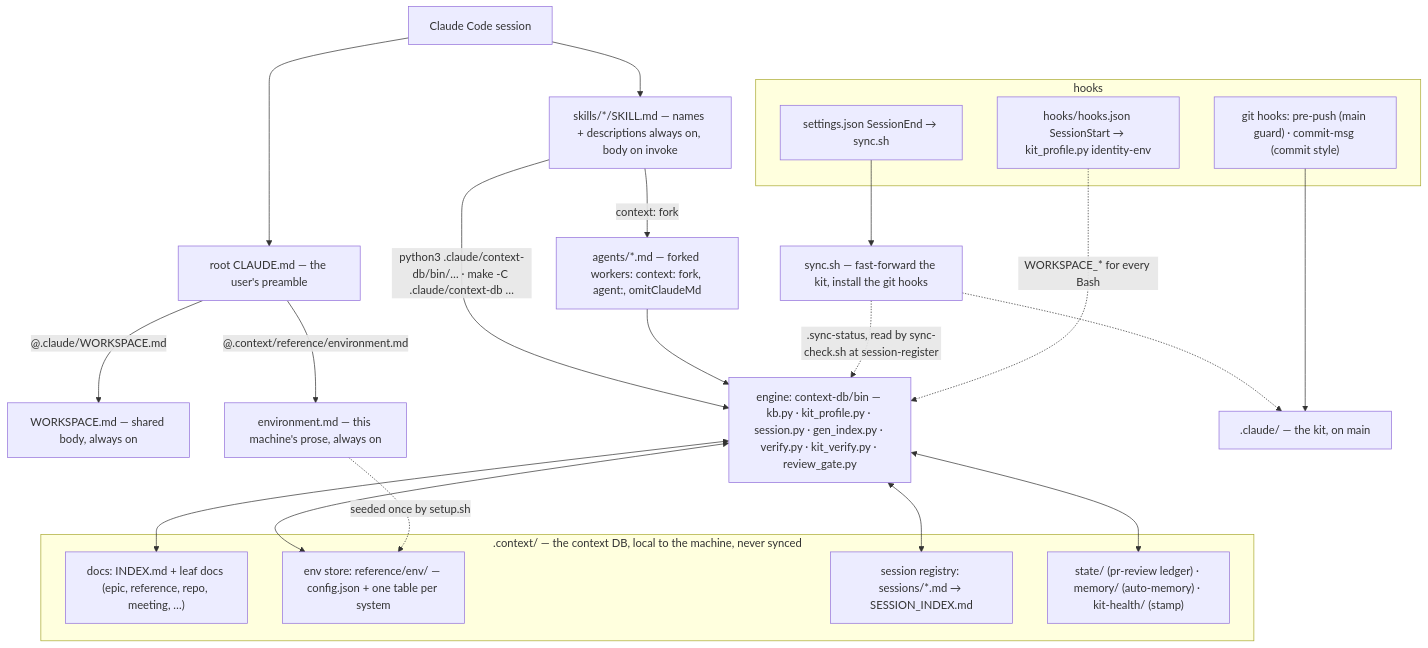
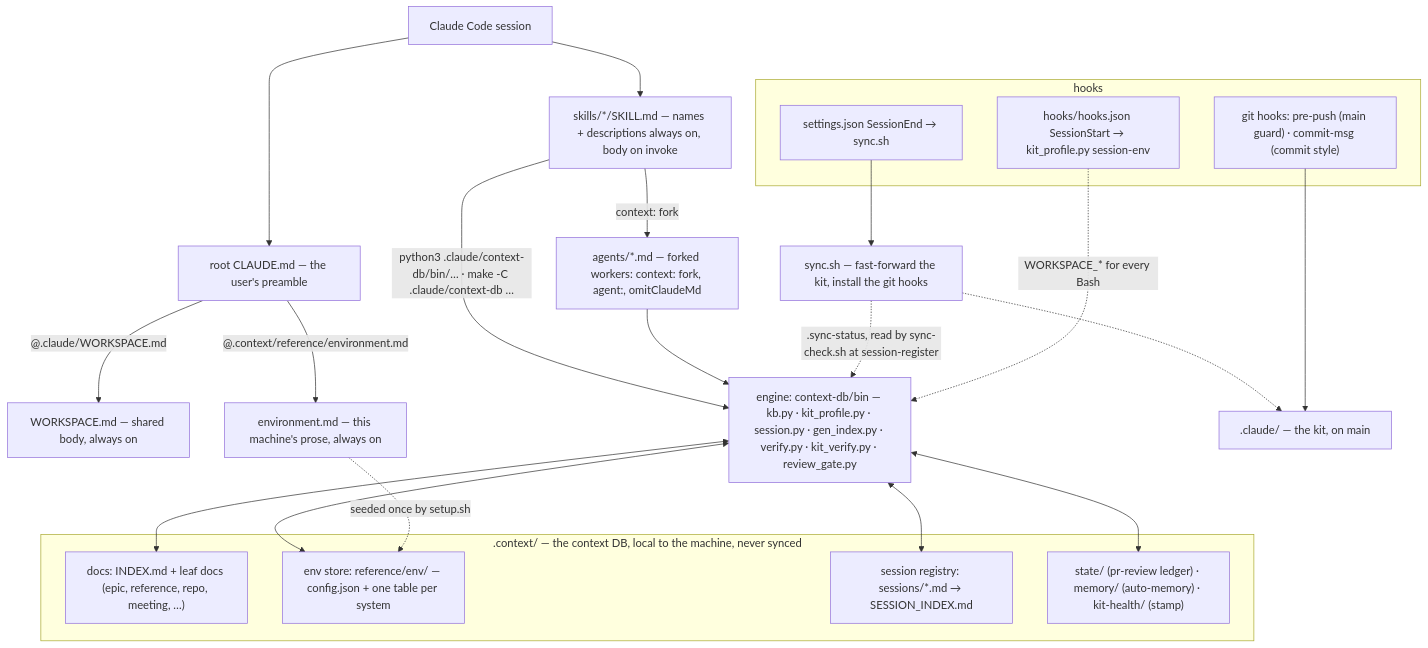
Before and after one commit to Fire162/ai-baton: the diagram in docs/architecture.md, drawn with Mermaid. The commit also changed 9 other files, not shown here.

````diff
--- a/docs/architecture.md
+++ b/docs/architecture.md
@@ -7,41 +7,41 @@
 ```mermaid
 flowchart TB
   S["Claude Code session"]
   C["root CLAUDE.md — the user's preamble"]
   W["WORKSPACE.md — shared body, always on"]
   E["environment.md — this machine's prose, always on"]
   SK["skills/*/SKILL.md — names + descriptions always on, body on invoke"]
   AG["agents/*.md — forked workers: context: fork, agent:, omitClaudeMd"]
   EN["engine: context-db/bin — kb.py · kit_profile.py · session.py · gen_index.py · verify.py · kit_verify.py · review_gate.py"]
 
   S --> C
   C -->|"@.claude/WORKSPACE.md"| W
   C -->|"@.context/reference/environment.md"| E
   S --> SK
   SK -->|"context: fork"| AG
   SK -->|"python3 .claude/context-db/bin/… · make -C .claude/context-db …"| EN
   AG --> EN
 
   subgraph DB[".context/ — the context DB, local to the machine, never synced"]
     D1["docs: INDEX.md + leaf docs (epic, reference, repo, meeting, …)"]
     D2["env store: reference/env/ — config.json + one table per system"]
     D3["session registry: sessions/*.md → SESSION_INDEX.md"]
     D4["state/ (pr-review ledger) · memory/ (auto-memory) · kit-health/ (stamp)"]
   end
   EN <--> D1
   EN <--> D2
   EN <--> D3
   EN <--> D4
   E -.->|"seeded once by setup.sh"| D2
 
   subgraph HK["hooks"]
     H1["settings.json SessionEnd → sync.sh"]
-    H2["hooks/hooks.json SessionStart → kit_profile.py identity-env"]
+    H2["hooks/hooks.json SessionStart → kit_profile.py session-env"]
     H3["git hooks: pre-push (main guard) · commit-msg (commit style)"]
   end
   H1 --> SY["sync.sh — fast-forward the kit, install the git hooks"]
   SY -.->|".sync-status, read by sync-check.sh at session-register"| EN
   SY -.-> K[".claude/ — the kit, on main"]
   H2 -.->|"WORKSPACE_* for every Bash"| EN
   H3 --> K
 ```
````
